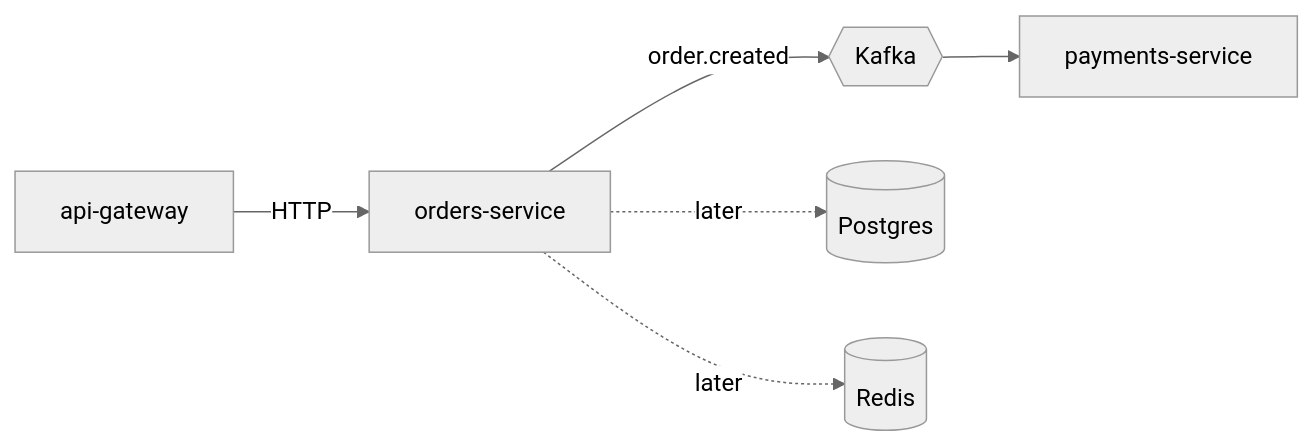
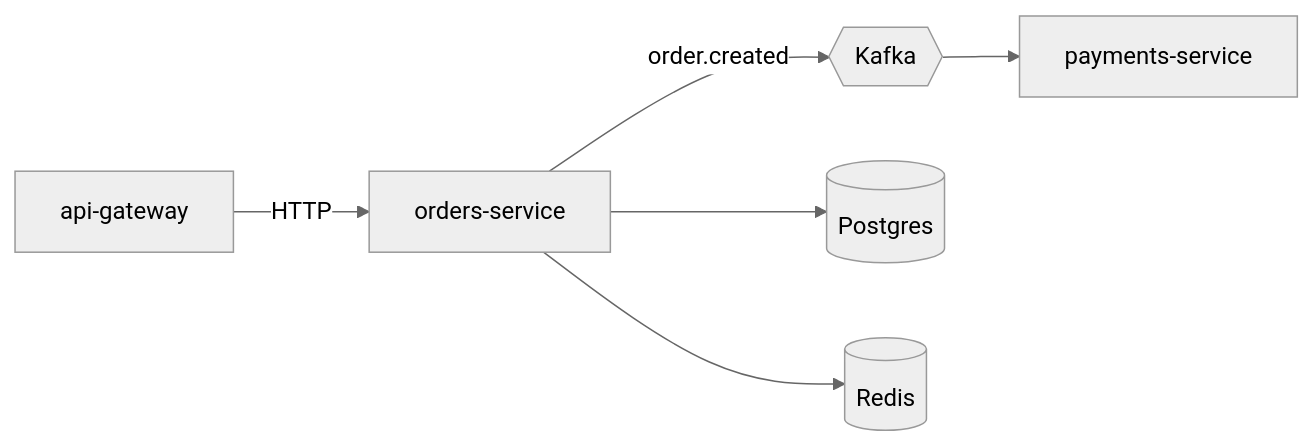
The diagram in README.md (saragholizadeh/glassbox), drawn with Mermaid (neutral theme) before and after one commit. The commit also changed other lines of this file and 11 other files, not shown here.

Commit message:
feat: save orders in Postgres, cache products in Redis

````diff
--- a/README.md
+++ b/README.md
@@ -17,8 +17,8 @@
 ```mermaid
 flowchart LR
     GW[api-gateway] -->|HTTP| OR[orders-service]
     OR -->|order.created| KF{{Kafka}}
     KF --> PAY[payments-service]
-    OR -.->|later| PG[(Postgres)]
-    OR -.->|later| RD[(Redis)]
+    OR --> PG[(Postgres)]
+    OR --> RD[(Redis)]
 ```
````
